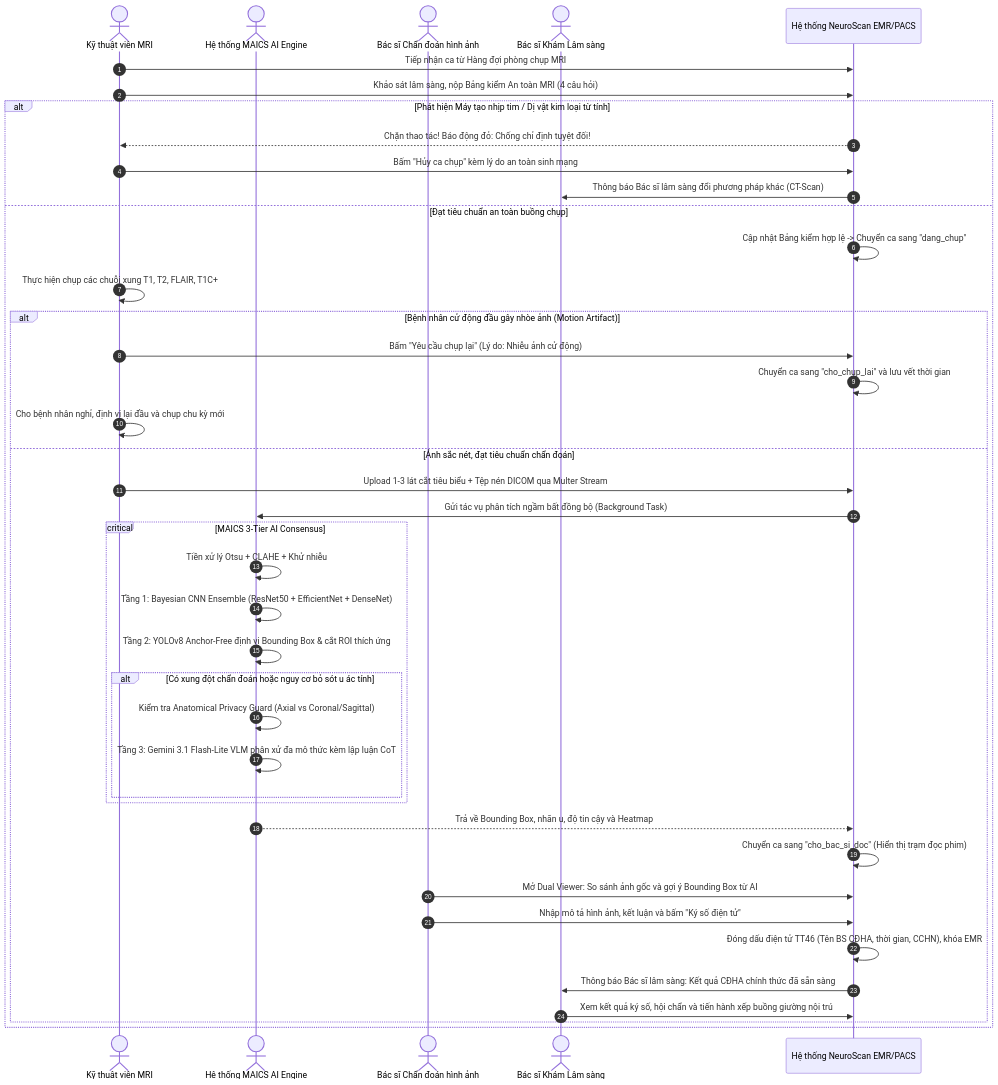
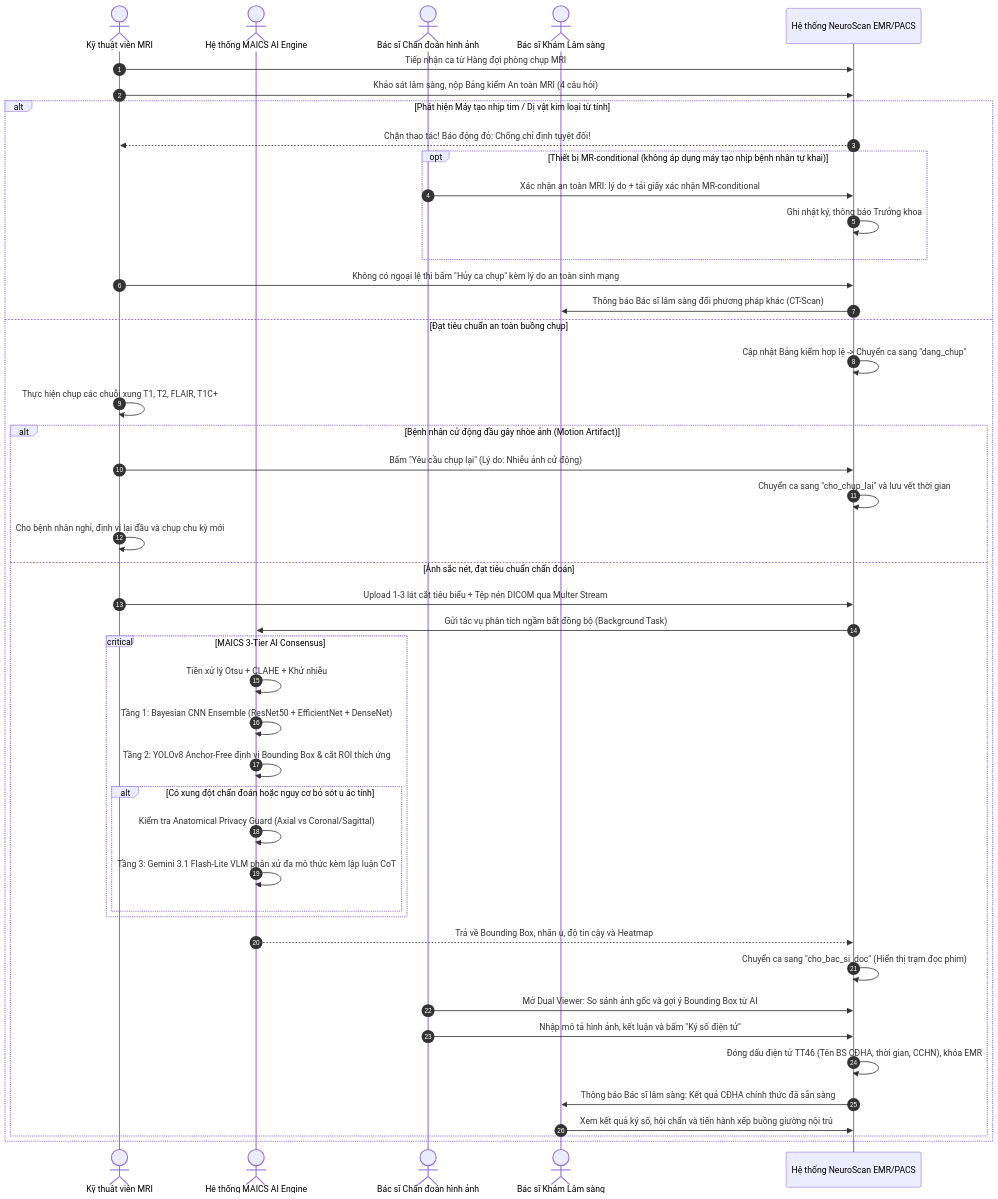
The second of 3 diagrams in docs/02_nghiep_vu_va_quy_trinh_benh_vien.md (ntthanh2357/mri), drawn with Mermaid before and after one commit. The commit also changed 18 other files, not shown here.

````diff
--- a/docs/02_nghiep_vu_va_quy_trinh_benh_vien.md
+++ b/docs/02_nghiep_vu_va_quy_trinh_benh_vien.md
@@ -94,48 +94,52 @@
 ```mermaid
 sequenceDiagram
     autonumber
     actor KTV as Kỹ thuật viên MRI
     actor AI as Hệ thống MAICS AI Engine
     actor BSCĐ as Bác sĩ Chẩn đoán hình ảnh
     actor BS as Bác sĩ Khám Lâm sàng
     participant SYS as Hệ thống NeuroScan EMR/PACS
 
     KTV->>SYS: Tiếp nhận ca từ Hàng đợi phòng chụp MRI
     KTV->>SYS: Khảo sát lâm sàng, nộp Bảng kiểm An toàn MRI (4 câu hỏi)
     
     alt Phát hiện Máy tạo nhịp tim / Dị vật kim loại từ tính
         SYS-->>KTV: Chặn thao tác! Báo động đỏ: Chống chỉ định tuyệt đối!
-        KTV->>SYS: Bấm "Hủy ca chụp" kèm lý do an toàn sinh mạng
+        opt Thiết bị MR-conditional (không áp dụng máy tạo nhịp bệnh nhân tự khai)
+            BSCĐ->>SYS: Xác nhận an toàn MRI: lý do + tải giấy xác nhận MR-conditional
+            SYS->>SYS: Ghi nhật ký, thông báo Trưởng khoa
+        end
+        KTV->>SYS: Không có ngoại lệ thì bấm "Hủy ca chụp" kèm lý do an toàn sinh mạng
         SYS->>BS: Thông báo Bác sĩ lâm sàng đổi phương pháp khác (CT-Scan)
     else Đạt tiêu chuẩn an toàn buồng chụp
         SYS->>SYS: Cập nhật Bảng kiểm hợp lệ -> Chuyển ca sang "dang_chup"
         KTV->>KTV: Thực hiện chụp các chuỗi xung T1, T2, FLAIR, T1C+
         
         alt Bệnh nhân cử động đầu gây nhòe ảnh (Motion Artifact)
             KTV->>SYS: Bấm "Yêu cầu chụp lại" (Lý do: Nhiễu ảnh cử động)
             SYS->>SYS: Chuyển ca sang "cho_chup_lai" và lưu vết thời gian
             KTV->>KTV: Cho bệnh nhân nghỉ, định vị lại đầu và chụp chu kỳ mới
         else Ảnh sắc nét, đạt tiêu chuẩn chẩn đoán
             KTV->>SYS: Upload 1-3 lát cắt tiêu biểu + Tệp nén DICOM qua Multer Stream
             SYS->>AI: Gửi tác vụ phân tích ngầm bất đồng bộ (Background Task)
             
             critical MAICS 3-Tier AI Consensus
                 AI->>AI: Tiền xử lý Otsu + CLAHE + Khử nhiễu
                 AI->>AI: Tầng 1: Bayesian CNN Ensemble (ResNet50 + EfficientNet + DenseNet)
                 AI->>AI: Tầng 2: YOLOv8 Anchor-Free định vị Bounding Box & cắt ROI thích ứng
                 alt Có xung đột chẩn đoán hoặc nguy cơ bỏ sót u ác tính
                     AI->>AI: Kiểm tra Anatomical Privacy Guard (Axial vs Coronal/Sagittal)
                     AI->>AI: Tầng 3: Gemini 3.1 Flash-Lite VLM phân xử đa mô thức kèm lập luận CoT
                 end
             end
             
             AI-->>SYS: Trả về Bounding Box, nhãn u, độ tin cậy và Heatmap
             SYS->>SYS: Chuyển ca sang "cho_bac_si_doc" (Hiển thị trạm đọc phim)
             BSCĐ->>SYS: Mở Dual Viewer: So sánh ảnh gốc và gợi ý Bounding Box từ AI
             BSCĐ->>SYS: Nhập mô tả hình ảnh, kết luận và bấm "Ký số điện tử"
             SYS->>SYS: Đóng dấu điện tử TT46 (Tên BS CĐHA, thời gian, CCHN), khóa EMR
             SYS->>BS: Thông báo Bác sĩ lâm sàng: Kết quả CĐHA chính thức đã sẵn sàng
             BS->>SYS: Xem kết quả ký số, hội chẩn và tiến hành xếp buồng giường nội trú
         end
     end
 ```
````
